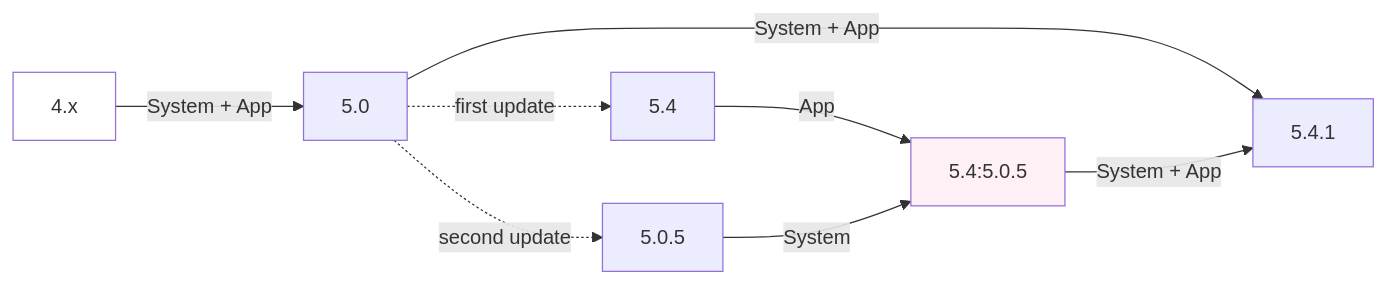
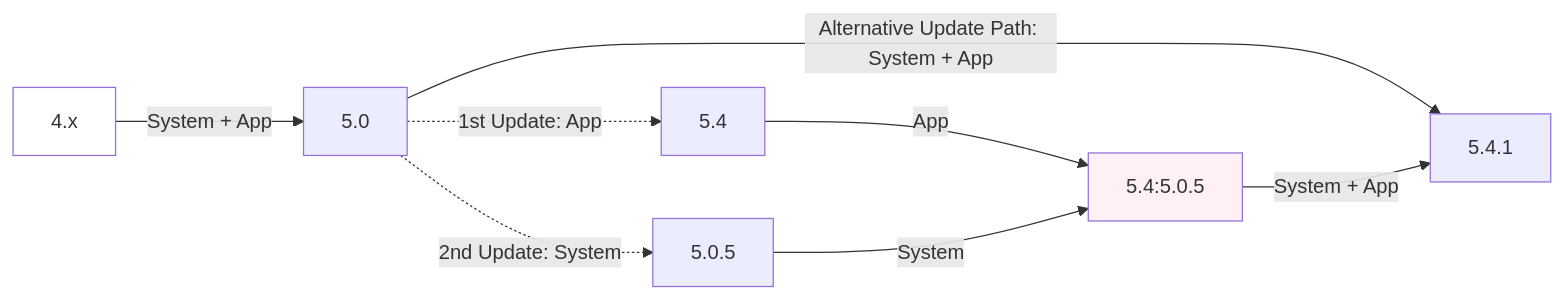
One commit to Thundergrid149/Thundergrid-Installer-Instructions changed the diagram in Etrel Inch Firmware Update Procedure.md. Above: the diagram before and after it, drawn with Mermaid.

Commit message:
Update Etrel Inch Firmware Update Procedure.md

````diff
--- a/Etrel Inch Firmware Update Procedure.md
+++ b/Etrel Inch Firmware Update Procedure.md
@@ -50,15 +50,15 @@
 ```mermaid
 flowchart LR
 
 Z[4.x]-->|System + App|Y
-Y[5.0].->| first update |C
-Y[5.0].->| second update |B
-Y[5.0]-->| System + App |E
+Y[5.0].->| 1st Update: App |C
+Y[5.0].->| 2nd Update: System |B
+Y[5.0]-->| Alternative Update Path: System + App |E
 C[5.4]-->| App |D
 B[5.0.5]-->| System |D
 D[5.4:5.0.5]-->| System + App |E
 E[5.4.1]
 
 style Z fill:#FFFFFF
 style D fill:#FFF0F5
 ```
````
